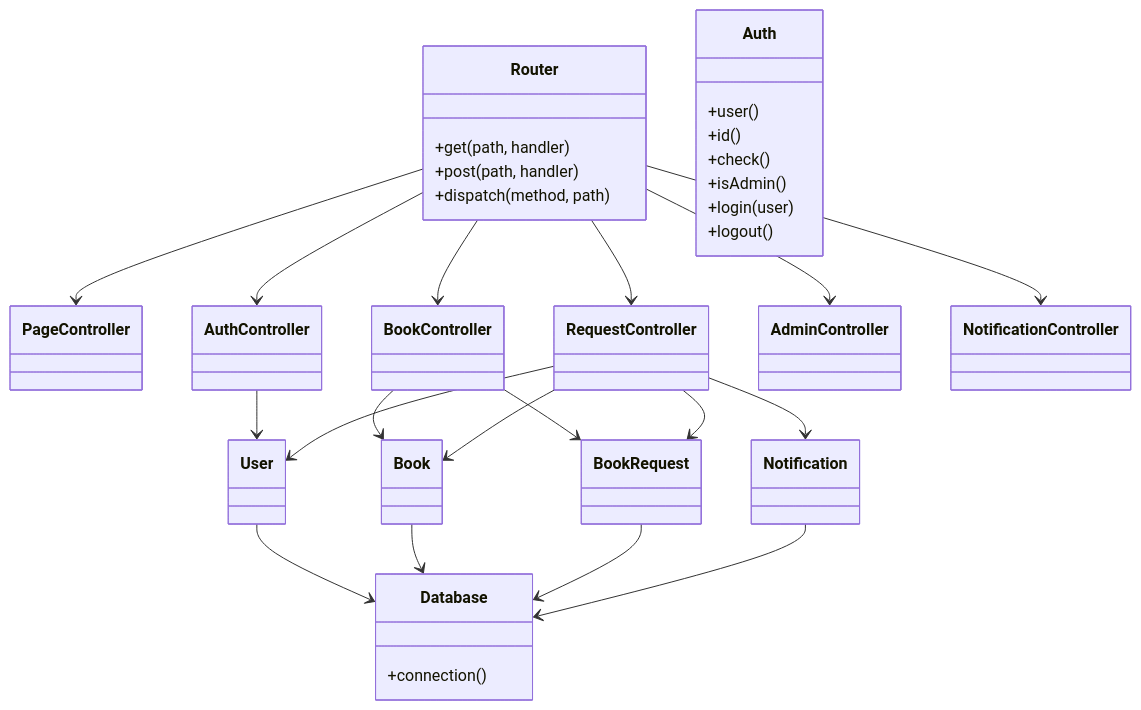
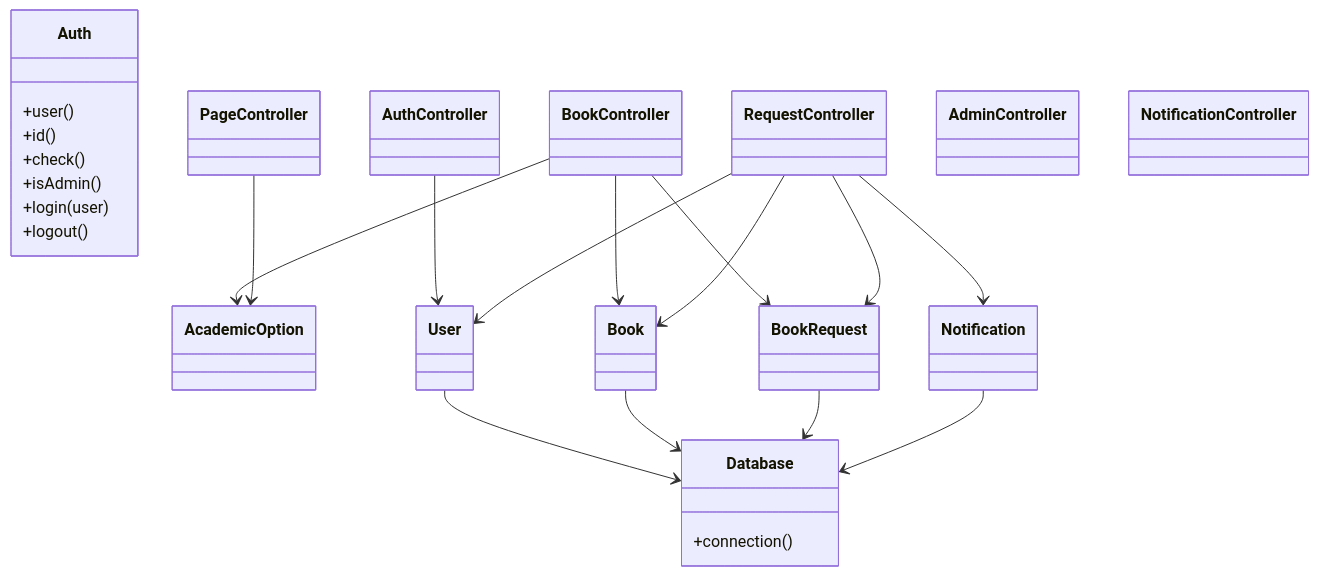
Diagram 15 of 18 in documents_aide/DIAGRAMMES_PROJET_COMPLETS.md (MrTBK/bookcycle-tunisia), drawn with Mermaid before and after one commit. The commit also changed other lines of this file and 30 other files, not shown here.

````diff
--- a/documents_aide/DIAGRAMMES_PROJET_COMPLETS.md
+++ b/documents_aide/DIAGRAMMES_PROJET_COMPLETS.md
@@ -339,53 +353,43 @@
 ```mermaid
 classDiagram
-    class Router {
-        +get(path, handler)
-        +post(path, handler)
-        +dispatch(method, path)
-    }
-
     class Auth {
         +user()
         +id()
         +check()
         +isAdmin()
         +login(user)
         +logout()
     }
 
     class Database {
         +connection()
     }
 
     class PageController
     class AuthController
     class BookController
     class RequestController
     class AdminController
     class NotificationController
 
+    class AcademicOption
     class User
     class Book
     class BookRequest
     class Notification
 
-    Router --> PageController
-    Router --> AuthController
-    Router --> BookController
-    Router --> RequestController
-    Router --> AdminController
-    Router --> NotificationController
-
     AuthController --> User
     BookController --> Book
     BookController --> BookRequest
+    BookController --> AcademicOption
+    PageController --> AcademicOption
     RequestController --> BookRequest
     RequestController --> Book
     RequestController --> Notification
     RequestController --> User
 
     User --> Database
     Book --> Database
     BookRequest --> Database
     Notification --> Database
 ```
````
